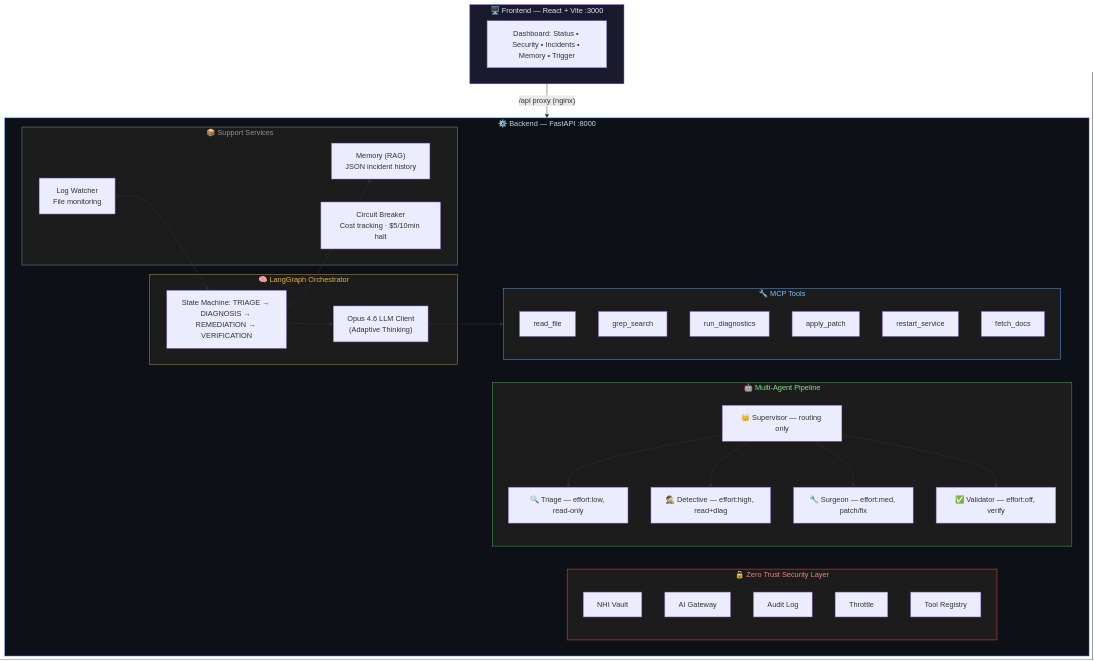
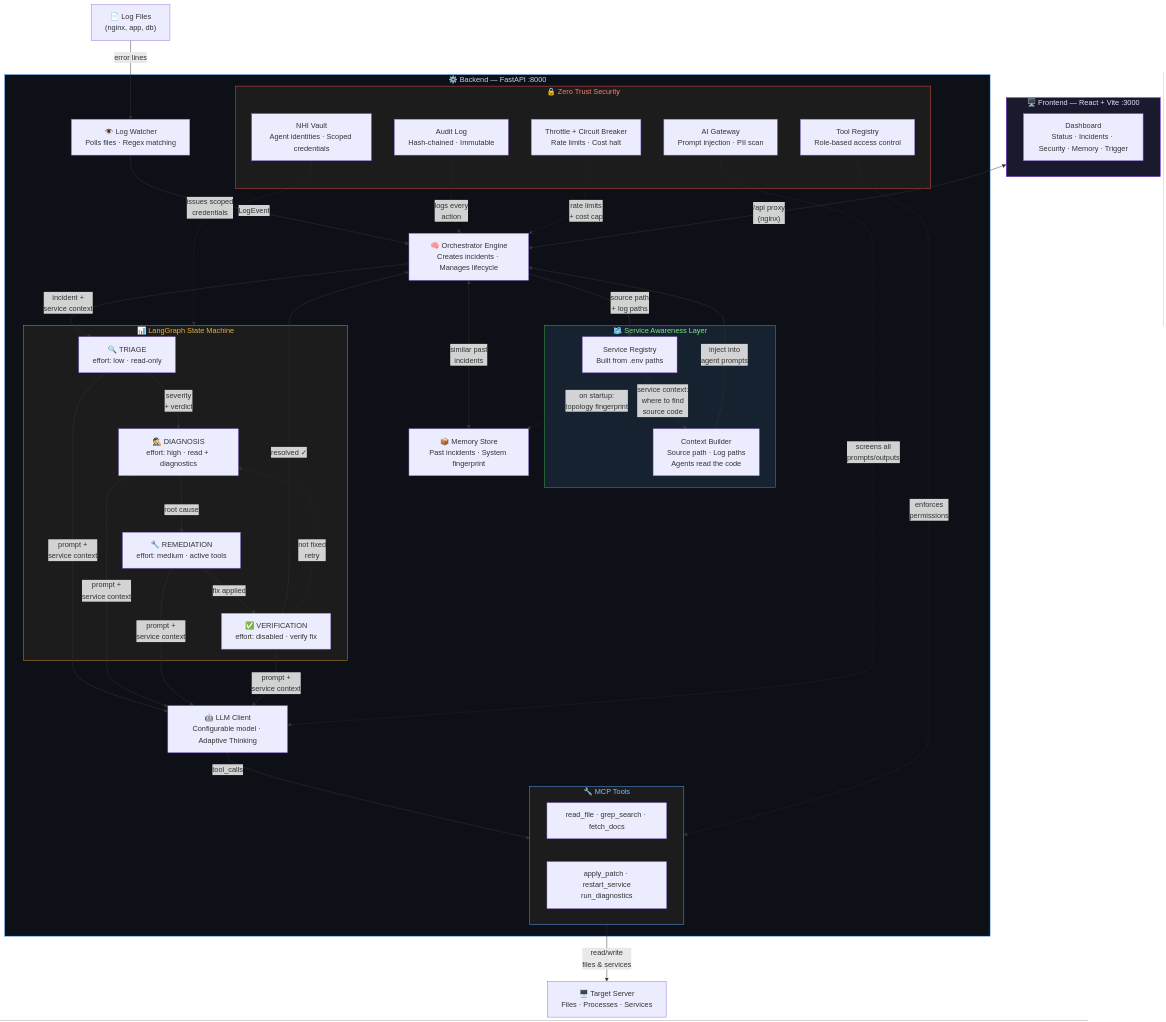
One commit to AdityaIndoori/Sentry changed the diagram in README.md. Above: the diagram before and after it, drawn with Mermaid. The commit also changed other lines of this file and 19 other files, not shown here.

````diff
--- a/README.md
+++ b/README.md
@@ -7,65 +9,108 @@
 ```mermaid
-graph TB
+flowchart TB
+    %% ── External ──
+    Logs["📄 Log Files<br/>(nginx, app, db)"]
+    Server["🖥️ Target Server<br/>Files · Processes · Services"]
+
+    %% ── Frontend ──
     subgraph Frontend["🖥️ Frontend — React + Vite :3000"]
-        UI["Dashboard: Status • Security • Incidents • Memory • Trigger"]
+        UI["Dashboard<br/>Status · Incidents · Security · Memory · Trigger"]
     end
 
-    Frontend -->|"/api proxy (nginx)"| Backend
-
+    %% ── Backend ──
     subgraph Backend["⚙️ Backend — FastAPI :8000"]
 
-        subgraph ZeroTrust["🔒 Zero Trust Security Layer"]
-            Vault["NHI Vault"]
-            Gateway["AI Gateway"]
-            AuditLog["Audit Log"]
-            Throttle["Throttle"]
-            Registry["Tool Registry"]
+        %% Watcher
+        Watcher["👁️ Log Watcher<br/>Polls files · Regex matching"]
+
+        %% Orchestrator Engine
+        Engine["🧠 Orchestrator Engine<br/>Creates incidents · Manages lifecycle"]
+
+        %% Service Awareness
+        subgraph SvcLayer["🗺️ Service Awareness Layer"]
+            SvcReg["Service Registry<br/>Built from .env paths"]
+            SvcCtx["Context Builder<br/>Source path · Log paths<br/>Agents read the code"]
         end
 
-        subgraph Agents["🤖 Multi-Agent Pipeline"]
-            Supervisor["👑 Supervisor — routing only"]
-            Triage["🔍 Triage — effort:low, read-only"]
-            Detective["🕵️ Detective — effort:high, read+diag"]
-            Surgeon["🔧 Surgeon — effort:med, patch/fix"]
-            Validator["✅ Validator — effort:off, verify"]
+        %% LangGraph State Machine
+        subgraph Graph["📊 LangGraph State Machine"]
+            Triage["🔍 TRIAGE<br/>effort: low · read-only"]
+            Diagnosis["🕵️ DIAGNOSIS<br/>effort: high · read + diagnostics"]
+            Remediation["🔧 REMEDIATION<br/>effort: medium · active tools"]
+            Verification["✅ VERIFICATION<br/>effort: disabled · verify fix"]
         end
 
-        subgraph Orchestrator["🧠 LangGraph Orchestrator"]
-            SM["State Machine: TRIAGE → DIAGNOSIS → REMEDIATION → VERIFICATION"]
-            LLM["Opus 4.6 LLM Client\n(Adaptive Thinking)"]
+        %% LLM
+        LLM["🤖 LLM Client<br/>Configurable model · Adaptive Thinking"]
+
+        %% MCP Tools
+        subgraph Tools["🔧 MCP Tools"]
+            ReadOnly["read_file · grep_search · fetch_docs"]
+            ActiveTools["apply_patch · restart_service<br/>run_diagnostics"]
         end
 
-        subgraph MCPTools["🔧 MCP Tools"]
-            T1["read_file"]
-            T2["grep_search"]
-            T3["run_diagnostics"]
-            T4["apply_patch"]
-            T5["restart_service"]
-            T6["fetch_docs"]
-        end
+        %% Memory
+        Memory["📦 Memory Store<br/>Past incidents · System fingerprint"]
 
-        subgraph Support["📦 Support Services"]
-            Memory["Memory (RAG)\nJSON incident history"]
-            CB["Circuit Breaker\nCost tracking · $5/10min halt"]
-            Watcher["Log Watcher\nFile monitoring"]
+        %% Zero Trust
+        subgraph ZeroTrust["🔒 Zero Trust Security"]
+            Vault["NHI Vault<br/>Agent identities · Scoped credentials"]
+            Gateway["AI Gateway<br/>Prompt injection · PII scan"]
+            AuditLog["Audit Log<br/>Hash-chained · Immutable"]
+            Throttle["Throttle + Circuit Breaker<br/>Rate limits · Cost halt"]
+            ToolReg["Tool Registry<br/>Role-based access control"]
         end
     end
 
-    Supervisor --> Triage
-    Supervisor --> Detective
-    Supervisor --> Surgeon
-    Supervisor --> Validator
+    %% ═══ DATA FLOW ═══
 
-    SM --> LLM
-    LLM --> MCPTools
-    Watcher --> SM
-    SM --> Memory
+    %% 1. Log detection
+    Logs -->|"error lines"| Watcher
+    Watcher -->|"LogEvent"| Engine
 
+    %% 2. Service context enrichment
+    Engine -->|"source path<br/>+ log paths"| SvcReg
+    SvcReg -->|"service context:<br/>where to find<br/>source code"| SvcCtx
+    SvcCtx -->|"inject into<br/>agent prompts"| Engine
+
+    %% 3. Memory lookup
+    Engine <-->|"similar past<br/>incidents"| Memory
+
+    %% 4. LangGraph pipeline
+    Engine -->|"incident +<br/>service context"| Triage
+    Triage -->|"severity<br/>+ verdict"| Diagnosis
+    Diagnosis -->|"root cause"| Remediation
+    Remediation -->|"fix applied"| Verification
+    Verification -->|"resolved ✓"| Engine
+    Verification -.->|"not fixed<br/>retry"| Diagnosis
+
+    %% 5. Each node calls LLM with enriched prompts
+    Triage & Diagnosis & Remediation & Verification -->|"prompt +<br/>service context"| LLM
+
+    %% 6. LLM may request tool execution
+    LLM -->|"tool_calls"| Tools
+
+    %% 7. Tools interact with server
+    Tools -->|"read/write<br/>files & services"| Server
+
+    %% 8. Security governs all operations
+    Gateway -.->|"screens all<br/>prompts/outputs"| LLM
+    ToolReg -.->|"enforces<br/>permissions"| Tools
+    AuditLog -.->|"logs every<br/>action"| Engine
+    Throttle -.->|"rate limits<br/>+ cost cap"| Engine
+    Vault -.->|"issues scoped<br/>credentials"| Graph
+
+    %% 9. Startup: populate fingerprint
+    SvcReg -.->|"on startup:<br/>topology fingerprint"| Memory
+
+    %% 10. Frontend reads via API
+    Frontend <-->|"/api proxy<br/>(nginx)"| Engine
+
+    %% ═══ STYLES ═══
     style Frontend fill:#1a1a2e,stroke:#7c3aed,color:#e0e0ff
     style Backend fill:#0d1117,stroke:#58a6ff,color:#c9d1d9
+    style SvcLayer fill:#162230,stroke:#3fb950,color:#7ee787
+    style Graph fill:#1c1c1c,stroke:#d29922,color:#e3b341
+    style Tools fill:#1c1c1c,stroke:#58a6ff,color:#79c0ff
     style ZeroTrust fill:#1c1c1c,stroke:#f85149,color:#ff7b72
-    style Agents fill:#1c1c1c,stroke:#3fb950,color:#7ee787
-    style Orchestrator fill:#1c1c1c,stroke:#d29922,color:#e3b341
-    style MCPTools fill:#1c1c1c,stroke:#58a6ff,color:#79c0ff
-    style Support fill:#1c1c1c,stroke:#8b949e,color:#8b949e
 ```
````
